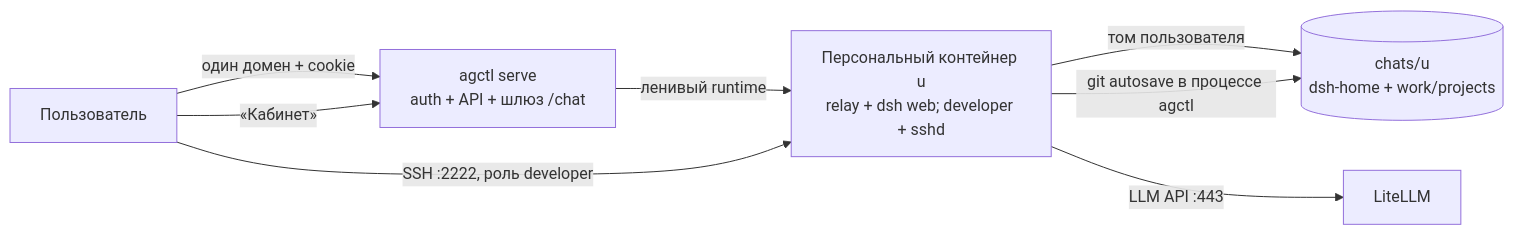
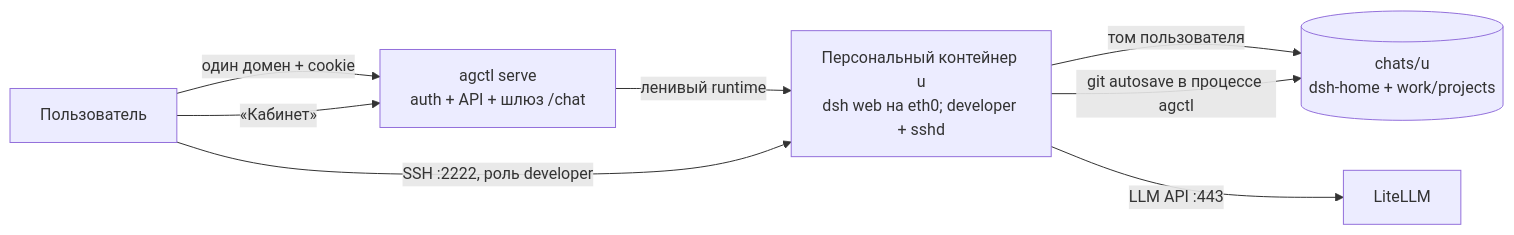
One commit to arijjia/agctl changed the diagram in README.md. Above: the diagram before and after it, drawn with Mermaid. The commit also changed 13 other files, not shown here.

First line of the commit message:
feat(image): drop relay — dsh web binds container eth0 directly (agctl-dsh:0.2.2)

````diff
--- a/README.md
+++ b/README.md
@@ -20,10 +20,10 @@
 ```mermaid
 flowchart LR
     U[Пользователь] -->|один домен + cookie| B["agctl serve<br/>auth + API + шлюз /chat"]
-    B -->|ленивый runtime| T["Персональный контейнер u<ID><br/>relay + dsh web; developer + sshd"]
+    B -->|ленивый runtime| T["Персональный контейнер u<ID><br/>dsh web на eth0; developer + sshd"]
     T -->|том пользователя| V[("chats/u<ID><br/>dsh-home + work/projects")]
     T -->|git autosave в процессе agctl| V
     T -->|LLM API :443| L[LiteLLM]
     U -->|«Кабинет»| B
     U -->|SSH :2222, роль developer| T
 ```
````
